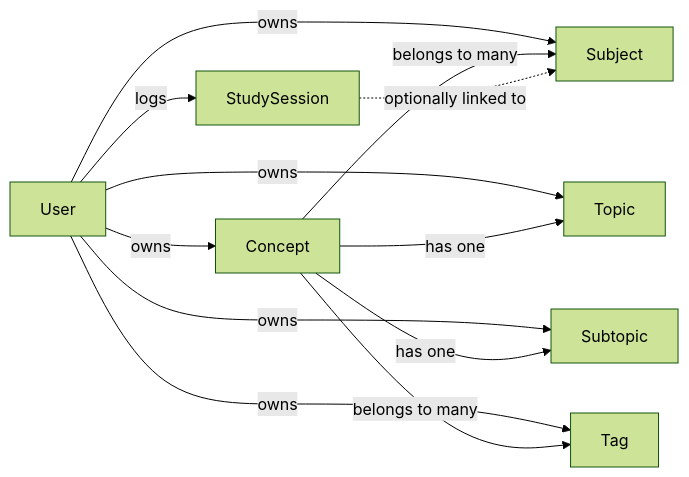
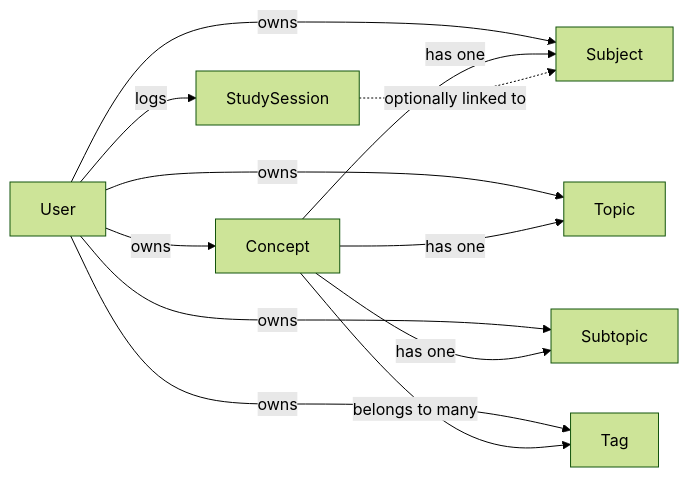
The first of 2 diagrams in architecture/01-system-overview.md (edgarfrancisco2022/tortugaiq), drawn with Mermaid (forest theme) before and after one commit. The commit also changed other lines of this file and 24 other files, not shown here.

````diff
--- a/architecture/01-system-overview.md
+++ b/architecture/01-system-overview.md
@@ -21,14 +21,14 @@
 ```mermaid
 graph LR
     User -->|owns| Subject
     User -->|owns| Topic
     User -->|owns| Subtopic
     User -->|owns| Tag
     User -->|owns| Concept
-    Concept -->|belongs to many| Subject
+    Concept -->|has one| Subject
     Concept -->|has one| Topic
     Concept -->|has one| Subtopic
     Concept -->|belongs to many| Tag
     User -->|logs| StudySession
     StudySession -.->|optionally linked to| Subject
 ```
````
